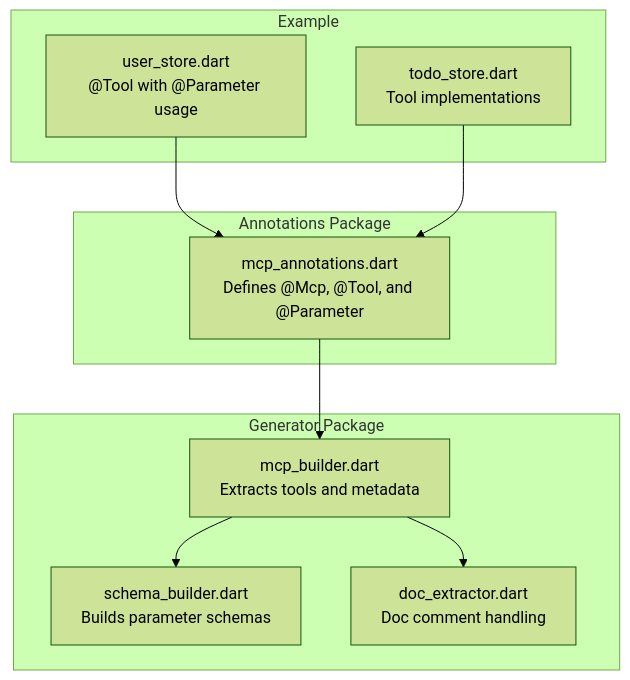
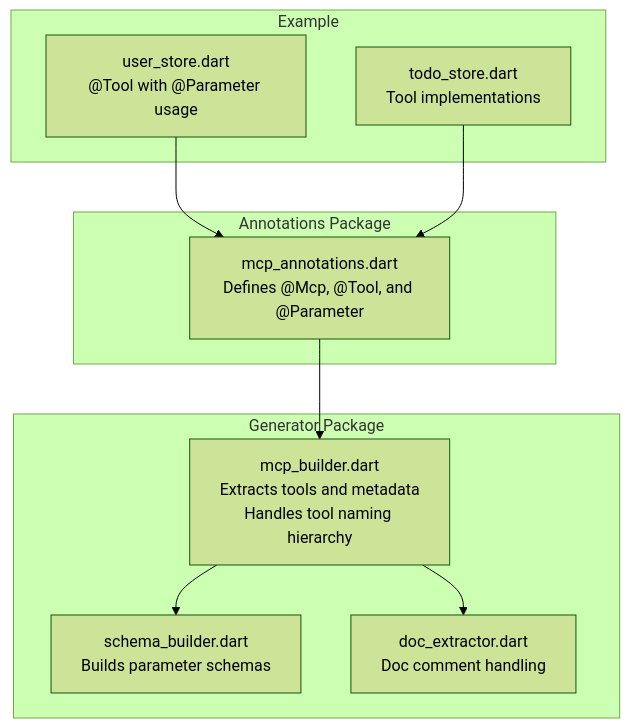
The first of 8 diagrams in .qoder/repowiki/en/content/Annotations Reference/@Tool Annotation.md (cdavis-code/easy_mcp_workspace), drawn with Mermaid (forest theme) before and after one commit. The commit also changed other lines of this file and 8 other files, not shown here.

````diff
--- a/.qoder/repowiki/en/content/Annotations Reference/@Tool Annotation.md
+++ b/.qoder/repowiki/en/content/Annotations Reference/@Tool Annotation.md
@@ -41,20 +42,20 @@
 ```mermaid
 graph TB
 subgraph "Annotations Package"
 A["mcp_annotations.dart<br/>Defines @Mcp, @Tool, and @Parameter"]
 end
 subgraph "Generator Package"
-B["mcp_builder.dart<br/>Extracts tools and metadata"]
+B["mcp_builder.dart<br/>Extracts tools and metadata<br/>Handles tool naming hierarchy"]
 C["schema_builder.dart<br/>Builds parameter schemas"]
 D["doc_extractor.dart<br/>Doc comment handling"]
 end
 subgraph "Example"
 E["user_store.dart<br/>@Tool with @Parameter usage"]
 F["todo_store.dart<br/>Tool implementations"]
 end
 A --> B
 B --> C
 B --> D
 E --> A
 F --> A
 ```
````
